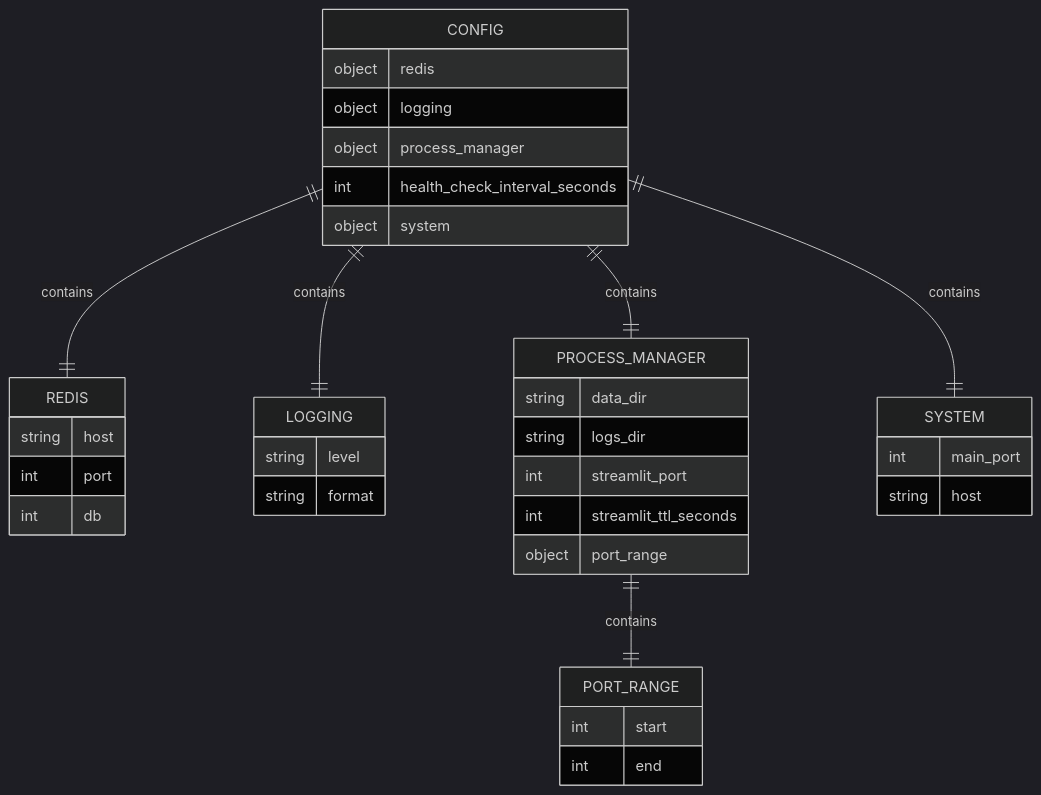
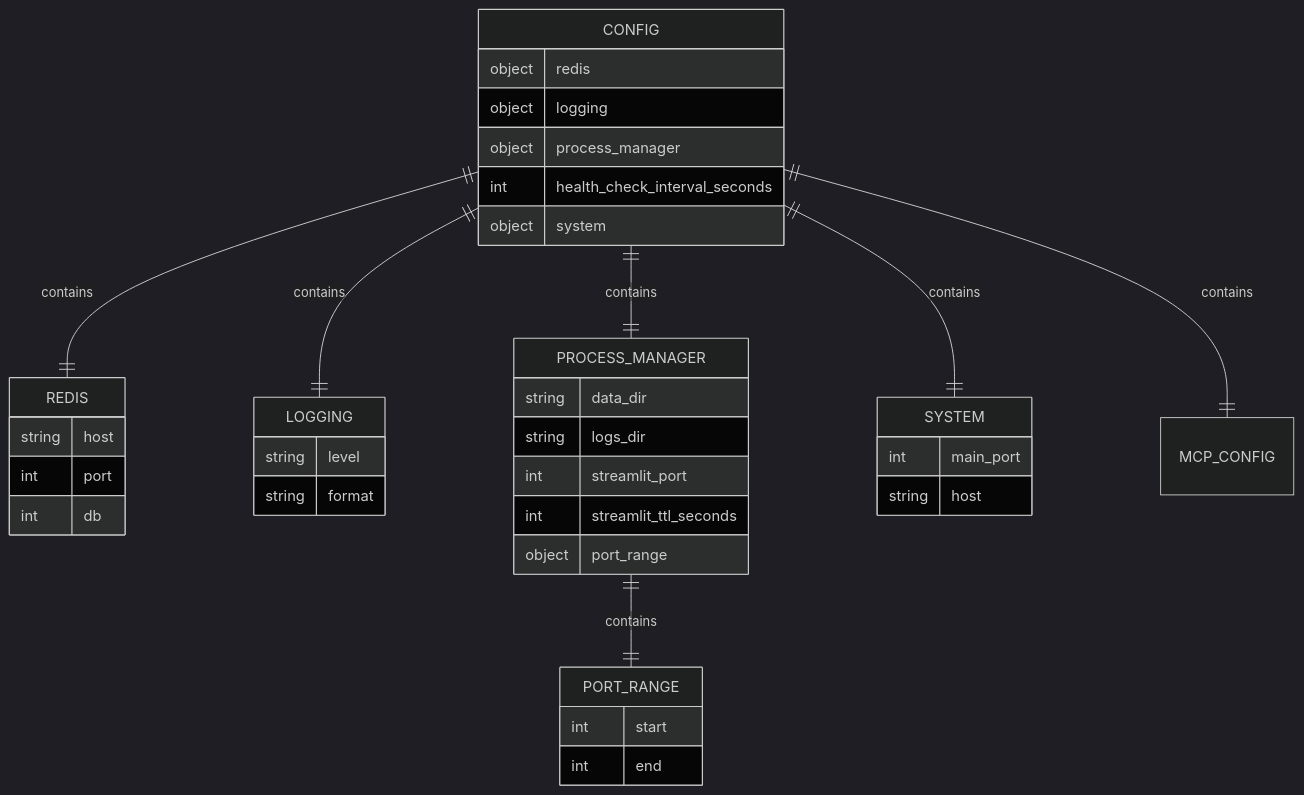
One commit to felipe-stanham/HomeHelper changed the first of 5 diagrams in docs/System/dataModel.md. Above: the diagram before and after it, drawn with Mermaid (dark theme). The commit also changed other lines of this file and 2 other files, not shown here.

First line of the commit message:
Update system docs for MCP Gateway (P-0002 Scope 6)

````diff
--- a/docs/System/dataModel.md
+++ b/docs/System/dataModel.md
@@ -19,45 +19,46 @@
 ```mermaid
 erDiagram
     CONFIG {
         object redis
         object logging
         object process_manager
         int health_check_interval_seconds
         object system
     }
     
     REDIS {
         string host
         int port
         int db
     }
     
     LOGGING {
         string level
         string format
     }
     
     PROCESS_MANAGER {
         string data_dir
         string logs_dir
         int streamlit_port
         int streamlit_ttl_seconds
         object port_range
     }
     
     PORT_RANGE {
         int start
         int end
     }
     
     SYSTEM {
         int main_port
         string host
     }
     
     CONFIG ||--|| REDIS : contains
     CONFIG ||--|| LOGGING : contains
     CONFIG ||--|| PROCESS_MANAGER : contains
     CONFIG ||--|| SYSTEM : contains
+    CONFIG ||--|| MCP_CONFIG : contains
     PROCESS_MANAGER ||--|| PORT_RANGE : contains
 ```
````
